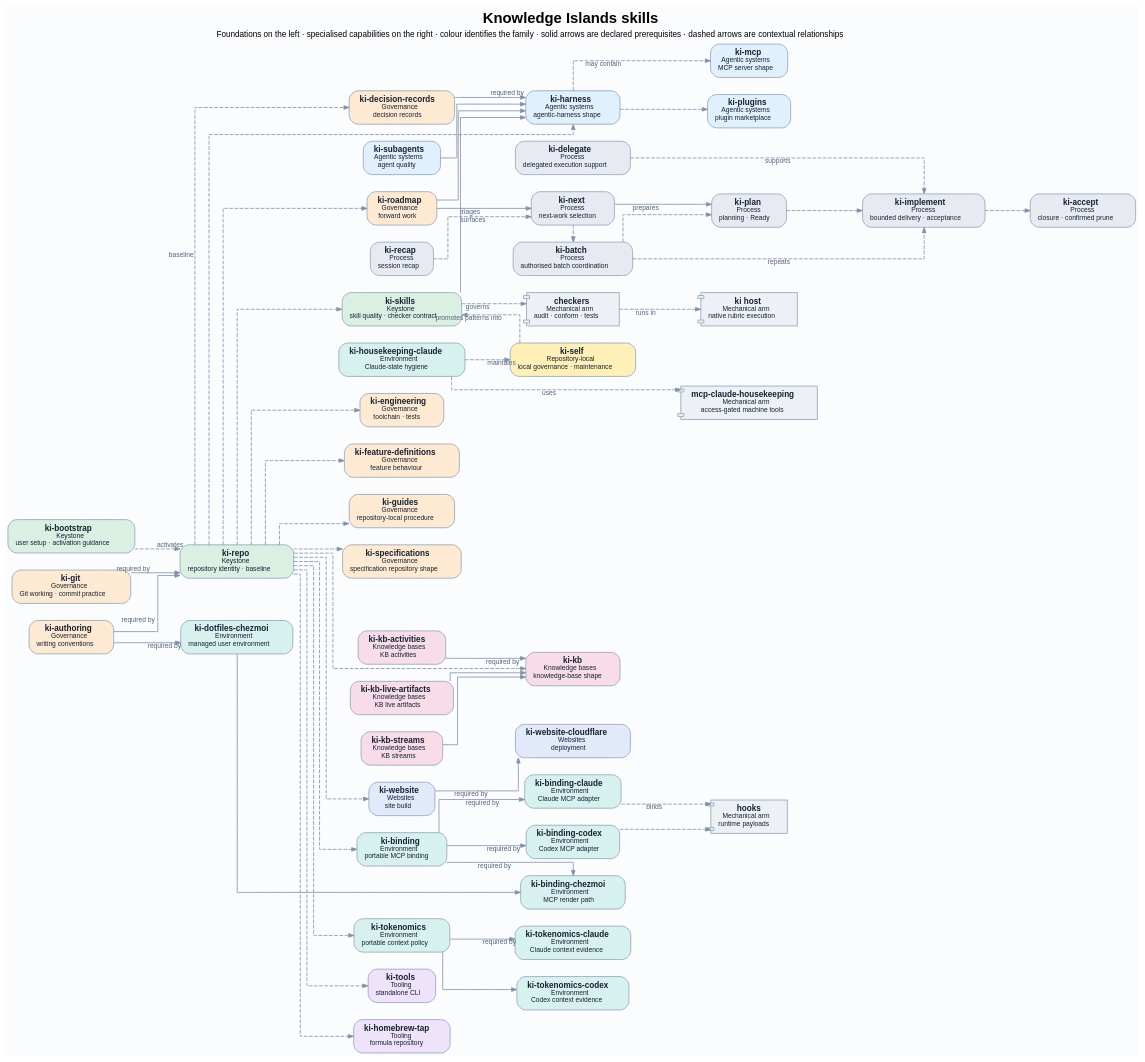
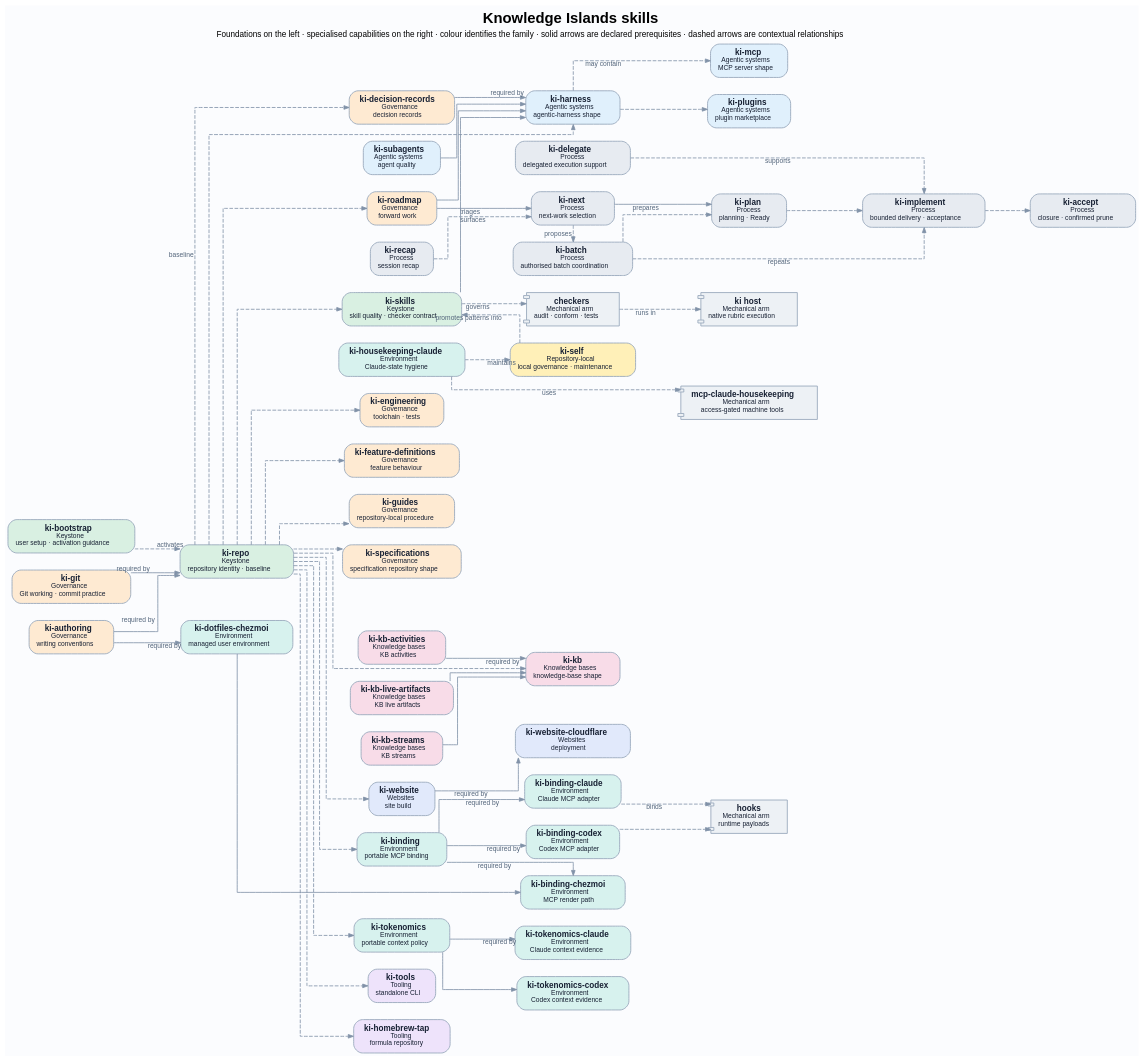
The diagram in docs/diagrams/skills-map.dot (knowledgeislands/arcadia-skills), drawn with Graphviz before and after one commit. The commit also changed 3 other files, not shown here.

Commit message:
feat(next): batch synergistic roadmap work

```diff
--- a/docs/diagrams/skills-map.dot
+++ b/docs/diagrams/skills-map.dot
@@ -1,168 +1,168 @@
 // Canonical source for the harness skills map. DOT is authoritative; regenerate
 // skills-map.svg with: dot -Tsvg skills-map.dot -o skills-map.svg
 //
 // Flow is deliberately general-to-specialised, left-to-right. Colour and the
 // second line of each node identify the skill family; clusters would add a
 // competing spatial hierarchy and obscure the dependency flow.
 digraph skills_map {
   graph [
     bgcolor="#fbfcfe"
     fontname="Helvetica"
     fontsize=20
     label=<
       <b>Knowledge Islands skills</b><br/>
       <font point-size="11">Foundations on the left · specialised capabilities on the right · colour identifies the family · solid arrows are declared prerequisites · dashed arrows are contextual relationships</font>
     >
     labelloc=t
     margin=0.25
     nodesep=0.32
     rankdir=LR
     ranksep=0.85
     splines=ortho
   ]
 
   node [
     color="#9aaabd"
     fontcolor="#172033"
     fontname="Helvetica"
     fontsize=11
     margin="0.14,0.1"
     penwidth=1.2
     shape=box
     style="rounded,filled"
   ]
 
   edge [
     arrowsize=0.7
     color="#8192a8"
     fontcolor="#52647a"
     fontname="Helvetica"
     fontsize=9
     penwidth=1.1
   ]
 
   // Foundation and repository roots.
   bootstrap [fillcolor="#d9f0e2", label=< <b>ki-bootstrap</b><br/><font point-size="9">Keystone</font><br/><font point-size="9">user setup · activation guidance</font> >]
   repo [fillcolor="#d9f0e2", label=< <b>ki-repo</b><br/><font point-size="9">Keystone</font><br/><font point-size="9">repository identity · baseline</font> >]
 
   // General standards and shared shapes.
   authoring [fillcolor="#feead2", label=< <b>ki-authoring</b><br/><font point-size="9">Governance</font><br/><font point-size="9">writing conventions</font> >]
   decisions [fillcolor="#feead2", label=< <b>ki-decision-records</b><br/><font point-size="9">Governance</font><br/><font point-size="9">decision records</font> >]
   engineering [fillcolor="#feead2", label=< <b>ki-engineering</b><br/><font point-size="9">Governance</font><br/><font point-size="9">toolchain · tests</font> >]
   features [fillcolor="#feead2", label=< <b>ki-feature-definitions</b><br/><font point-size="9">Governance</font><br/><font point-size="9">feature behaviour</font> >]
   git [fillcolor="#feead2", label=< <b>ki-git</b><br/><font point-size="9">Governance</font><br/><font point-size="9">Git working · commit practice</font> >]
   guides [fillcolor="#feead2", label=< <b>ki-guides</b><br/><font point-size="9">Governance</font><br/><font point-size="9">repository-local procedure</font> >]
   roadmap [fillcolor="#feead2", label=< <b>ki-roadmap</b><br/><font point-size="9">Governance</font><br/><font point-size="9">forward work</font> >]
   specifications [fillcolor="#feead2", label=< <b>ki-specifications</b><br/><font point-size="9">Governance</font><br/><font point-size="9">specification repository shape</font> >]
   skills [fillcolor="#d9f0e2", label=< <b>ki-skills</b><br/><font point-size="9">Keystone</font><br/><font point-size="9">skill quality · checker contract</font> >]
   harness [fillcolor="#e0f0fc", label=< <b>ki-harness</b><br/><font point-size="9">Agentic systems</font><br/><font point-size="9">agentic-harness shape</font> >]
   kb [fillcolor="#f8dce8", label=< <b>ki-kb</b><br/><font point-size="9">Knowledge bases</font><br/><font point-size="9">knowledge-base shape</font> >]
   website [fillcolor="#e1e9fb", label=< <b>ki-website</b><br/><font point-size="9">Websites</font><br/><font point-size="9">site build</font> >]
   binding [fillcolor="#d7f2ee", label=< <b>ki-binding</b><br/><font point-size="9">Environment</font><br/><font point-size="9">portable MCP binding</font> >]
   tokenomics [fillcolor="#d7f2ee", label=< <b>ki-tokenomics</b><br/><font point-size="9">Environment</font><br/><font point-size="9">portable context policy</font> >]
   tools [fillcolor="#eee3fb", label=< <b>ki-tools</b><br/><font point-size="9">Tooling</font><br/><font point-size="9">standalone CLI</font> >]
   tap [fillcolor="#eee3fb", label=< <b>ki-homebrew-tap</b><br/><font point-size="9">Tooling</font><br/><font point-size="9">formula repository</font> >]
 
   // Specialisations, process capabilities, and runtime-facing skills.
   agents [fillcolor="#e0f0fc", label=< <b>ki-subagents</b><br/><font point-size="9">Agentic systems</font><br/><font point-size="9">agent quality</font> >]
   mcp [fillcolor="#e0f0fc", label=< <b>ki-mcp</b><br/><font point-size="9">Agentic systems</font><br/><font point-size="9">MCP server shape</font> >]
   plugins [fillcolor="#e0f0fc", label=< <b>ki-plugins</b><br/><font point-size="9">Agentic systems</font><br/><font point-size="9">plugin marketplace</font> >]
   kb_activities [fillcolor="#f8dce8", label=< <b>ki-kb-activities</b><br/><font point-size="9">Knowledge bases</font><br/><font point-size="9">KB activities</font> >]
   kb_artifacts [fillcolor="#f8dce8", label=< <b>ki-kb-live-artifacts</b><br/><font point-size="9">Knowledge bases</font><br/><font point-size="9">KB live artifacts</font> >]
   kb_streams [fillcolor="#f8dce8", label=< <b>ki-kb-streams</b><br/><font point-size="9">Knowledge bases</font><br/><font point-size="9">KB streams</font> >]
   cloudflare [fillcolor="#e1e9fb", label=< <b>ki-website-cloudflare</b><br/><font point-size="9">Websites</font><br/><font point-size="9">deployment</font> >]
   binding_claude [fillcolor="#d7f2ee", label=< <b>ki-binding-claude</b><br/><font point-size="9">Environment</font><br/><font point-size="9">Claude MCP adapter</font> >]
   binding_codex [fillcolor="#d7f2ee", label=< <b>ki-binding-codex</b><br/><font point-size="9">Environment</font><br/><font point-size="9">Codex MCP adapter</font> >]
   binding_chezmoi [fillcolor="#d7f2ee", label=< <b>ki-binding-chezmoi</b><br/><font point-size="9">Environment</font><br/><font point-size="9">MCP render path</font> >]
   dotfiles [fillcolor="#d7f2ee", label=< <b>ki-dotfiles-chezmoi</b><br/><font point-size="9">Environment</font><br/><font point-size="9">managed user environment</font> >]
   housekeeping_claude [fillcolor="#d7f2ee", label=< <b>ki-housekeeping-claude</b><br/><font point-size="9">Environment</font><br/><font point-size="9">Claude-state hygiene</font> >]
   tokenomics_claude [fillcolor="#d7f2ee", label=< <b>ki-tokenomics-claude</b><br/><font point-size="9">Environment</font><br/><font point-size="9">Claude context evidence</font> >]
   tokenomics_codex [fillcolor="#d7f2ee", label=< <b>ki-tokenomics-codex</b><br/><font point-size="9">Environment</font><br/><font point-size="9">Codex context evidence</font> >]
   accept [fillcolor="#e7ebf1", label=< <b>ki-accept</b><br/><font point-size="9">Process</font><br/><font point-size="9">closure · confirmed prune</font> >]
   batch [fillcolor="#e7ebf1", label=< <b>ki-batch</b><br/><font point-size="9">Process</font><br/><font point-size="9">authorised batch coordination</font> >]
   delegate [fillcolor="#e7ebf1", label=< <b>ki-delegate</b><br/><font point-size="9">Process</font><br/><font point-size="9">delegated execution support</font> >]
   implement [fillcolor="#e7ebf1", label=< <b>ki-implement</b><br/><font point-size="9">Process</font><br/><font point-size="9">bounded delivery · acceptance</font> >]
   next [fillcolor="#e7ebf1", label=< <b>ki-next</b><br/><font point-size="9">Process</font><br/><font point-size="9">next-work selection</font> >]
   plan [fillcolor="#e7ebf1", label=< <b>ki-plan</b><br/><font point-size="9">Process</font><br/><font point-size="9">planning · Ready</font> >]
   recap [fillcolor="#e7ebf1", label=< <b>ki-recap</b><br/><font point-size="9">Process</font><br/><font point-size="9">session recap</font> >]
   self [fillcolor="#fff0b8", label=< <b>ki-self</b><br/><font point-size="9">Repository-local</font><br/><font point-size="9">local governance · maintenance</font> >]
 
   // The runtime arms are deliberately visibly secondary: they are not skills.
   checkers [fillcolor="#edf1f5", label=< <b>checkers</b><br/><font point-size="9">Mechanical arm</font><br/><font point-size="9">audit · conform · tests</font> >, shape=component]
   native_host [fillcolor="#edf1f5", label=< <b>ki host</b><br/><font point-size="9">Mechanical arm</font><br/><font point-size="9">native rubric execution</font> >, shape=component]
   mcp_housekeeping [fillcolor="#edf1f5", label=< <b>mcp-claude-housekeeping</b><br/><font point-size="9">Mechanical arm</font><br/><font point-size="9">access-gated machine tools</font> >, shape=component]
   hooks [fillcolor="#edf1f5", label=< <b>hooks</b><br/><font point-size="9">Mechanical arm</font><br/><font point-size="9">runtime payloads</font> >, shape=component]
 
   // Left-to-right layers follow declared prerequisite order where an edge has
   // one. Contextual links may deliberately point across the flow.
   { rank=same; bootstrap; authoring; git }
   { rank=same; repo; dotfiles }
   { rank=same; decisions; engineering; features; guides; roadmap; specifications; skills; agents; kb_activities; kb_artifacts; kb_streams; website; binding; tokenomics; tools; tap; housekeeping_claude; recap }
   { rank=same; harness; kb; cloudflare; binding_claude; binding_codex; binding_chezmoi; tokenomics_claude; tokenomics_codex; delegate; next; batch; self; checkers }
   { rank=same; mcp; plugins; plan; native_host; mcp_housekeeping; hooks }
   { rank=same; implement }
   { rank=same; accept }
 
   // Formal composition edges: a solid arrow points from the prerequisite to
   // the skill that declares it in `ki-depends-on:`. Dashed links below express
   // activation, coverage, workflow, or other contextual relationships.
   authoring -> repo [xlabel="required by"]
   git -> repo [xlabel="required by"]
   authoring -> dotfiles [xlabel="required by"]
   binding -> binding_claude [xlabel="required by"]
   binding -> binding_codex [xlabel="required by"]
   binding -> binding_chezmoi [xlabel="required by"]
   dotfiles -> binding_chezmoi
   tokenomics -> tokenomics_claude [xlabel="required by"]
   tokenomics -> tokenomics_codex
   website -> cloudflare [xlabel="required by"]
   kb_activities -> kb [xlabel="required by"]
   kb_artifacts -> kb
   kb_streams -> kb
   decisions -> harness [xlabel="required by"]
   roadmap -> harness
   skills -> harness
   agents -> harness
 
   bootstrap -> repo [xlabel="activates", style=dashed]
 
   // Repository baseline: these skills establish a repository's shared contract.
   repo -> decisions [xlabel="baseline", style=dashed]
   repo -> engineering [style=dashed]
   repo -> features [style=dashed]
   repo -> guides [style=dashed]
   repo -> roadmap [style=dashed]
   repo -> specifications [style=dashed]
   repo -> skills [style=dashed]
   repo -> harness [style=dashed]
   repo -> kb [style=dashed]
   repo -> website [style=dashed]
   repo -> binding [style=dashed]
   repo -> tokenomics [style=dashed]
   repo -> tools [style=dashed]
   repo -> tap [style=dashed]
 
   // Shape and capability specialisation.
   harness -> mcp [xlabel="may contain", style=dashed]
   harness -> plugins [style=dashed]
 
   // Process and local-governance relationships.
   roadmap -> next [xlabel="triages"]
   next -> plan [xlabel="prepares"]
   recap -> next [xlabel="surfaces", style=dashed]
-  next -> batch [style=dashed]
+  next -> batch [xlabel="proposes", style=dashed]
   batch -> plan [style=dashed]
   plan -> implement [style=dashed]
   batch -> implement [xlabel="repeats", style=dashed]
   delegate -> implement [xlabel="supports", style=dashed]
   implement -> accept [style=dashed]
   self -> skills [xlabel="promotes patterns into", style=dashed]
   housekeeping_claude -> self [xlabel="maintains", style=dashed]
 
   // Hosted runtime relationships.
   skills -> checkers [xlabel="governs", style=dashed]
   checkers -> native_host [xlabel="runs in", style=dashed]
   housekeeping_claude -> mcp_housekeeping [xlabel="uses", style=dashed]
   binding_claude -> hooks [xlabel="binds", style=dashed]
   binding_codex -> hooks [style=dashed]
 }
```
